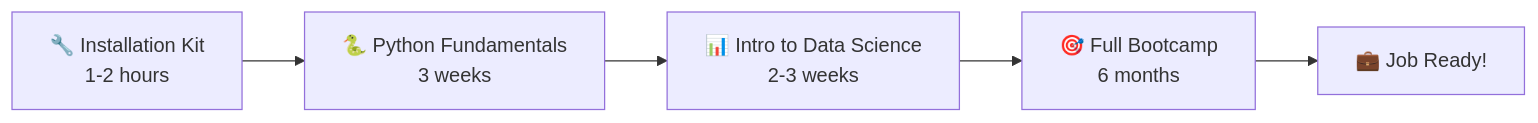
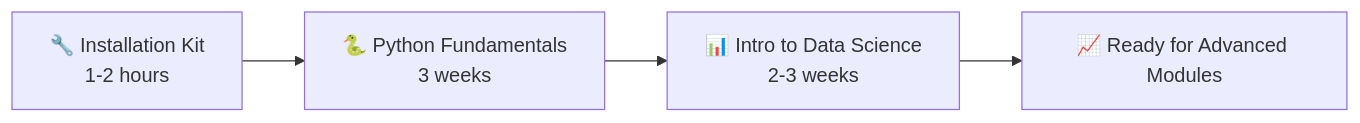
The diagram in README.md (Metrica-Academy/ds-bootcamp-courses), drawn with Mermaid before and after one commit. The commit also changed other lines of this file, not shown here.

````diff
--- a/README.md
+++ b/README.md
@@ -88,7 +88,6 @@
 ```mermaid
 graph LR
     A[🔧 Installation Kit<br/>1-2 hours] --> B[🐍 Python Fundamentals<br/>3 weeks]
     B --> C[📊 Intro to Data Science<br/>2-3 weeks]  
-    C --> D[🎯 Full Bootcamp<br/>6 months]
-    D --> E[💼 Job Ready!]
+    C --> D[📈 Ready for Advanced Modules]
 ```
````
